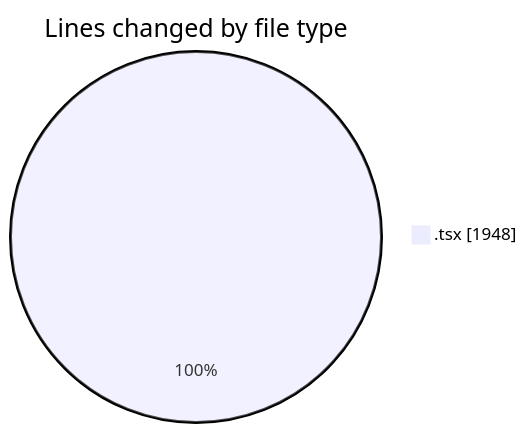
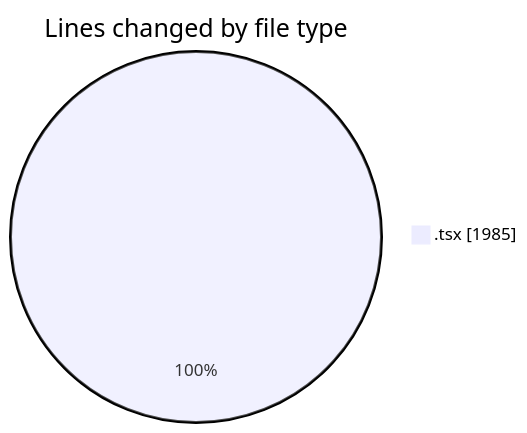
The first of 2 diagrams in 2026-04-09/airfeed-analytics-dashboard/README.md (nxtqubesakshisongat/code-tracking), drawn with Mermaid before and after one commit. The commit also changed other lines of this file and 1 other file, not shown here.

````diff
--- a/2026-04-09/airfeed-analytics-dashboard/README.md
+++ b/2026-04-09/airfeed-analytics-dashboard/README.md
@@ -26,5 +26,5 @@
 ```mermaid
 pie showData
 title Lines changed by file type
-".tsx" : 1948
+".tsx" : 1985
 ```
````
